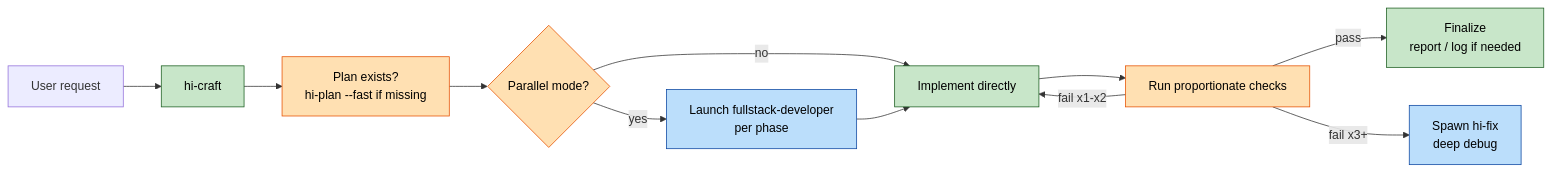
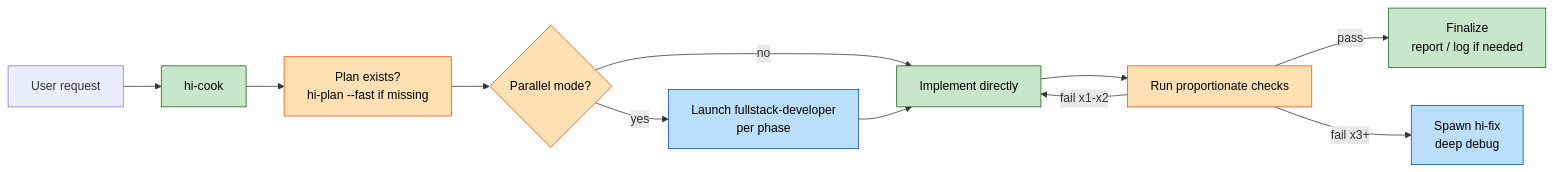
The second of 5 diagrams in README.md (baka3k/dev-kit), drawn with Mermaid before and after one commit. The commit also changed other lines of this file and 27 other files, not shown here.

````diff
--- a/README.md
+++ b/README.md
@@ -346,20 +346,20 @@
 ```mermaid
 graph LR
-    A["User request"] --> B["hi-craft"]
+    A["User request"] --> B["hi-cook"]
     B --> C["Plan exists?<br/>hi-plan --fast if missing"]
     C --> D{"Parallel mode?"}
     D -->|no| E["Implement directly"]
     D -->|yes| P["Launch fullstack-developer<br/>per phase"]
     P --> E
     E --> F["Run proportionate checks"]
     F -->|pass| G["Finalize<br/>report / log if needed"]
     F -->|fail x1-x2| E
     F -->|fail x3+| H["Spawn hi-fix<br/>deep debug"]
 
     classDef primary fill:#c8e6c9,stroke:#1b5e20,color:#000
     classDef delegated fill:#bbdefb,stroke:#0d47a1,color:#000
     classDef gate fill:#ffe0b2,stroke:#e65100,color:#000
     class B,E,G primary
     class P,H delegated
     class C,D,F gate
 ```
````
